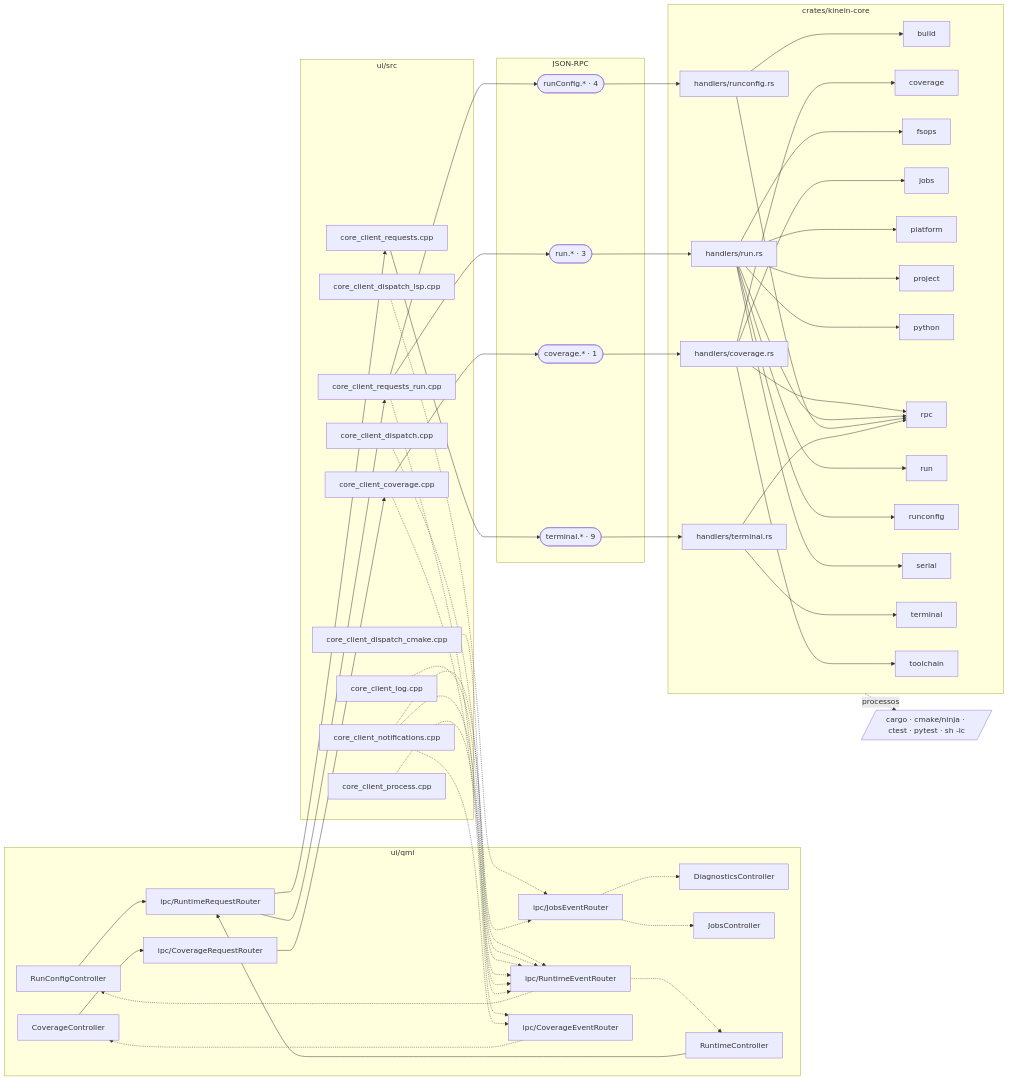
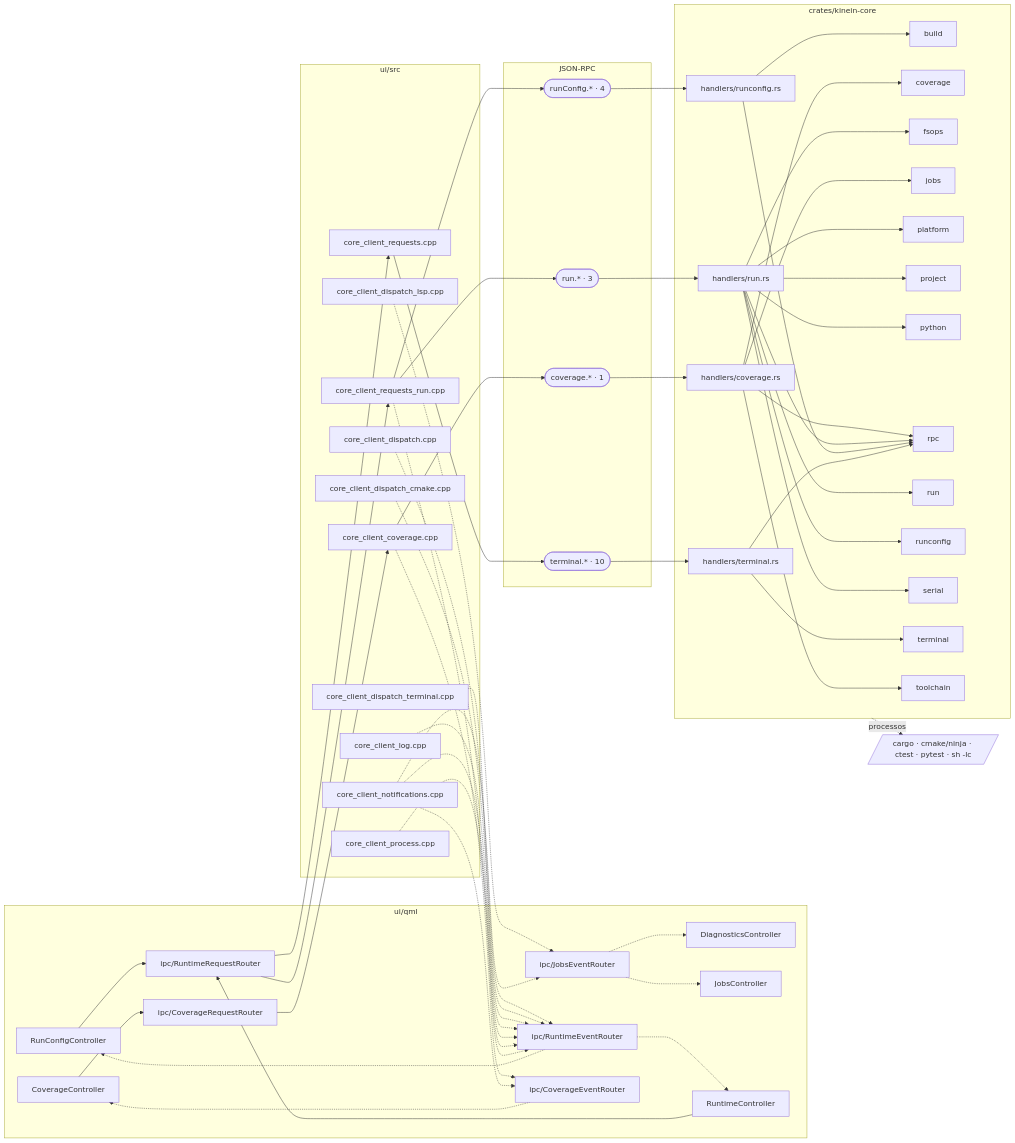
One commit to ViktorWalde/KineinVectis changed the eighth of 16 diagrams in DocsPublic/arquitetura/01-mapa-de-modulos.md. Above: the diagram before and after it, drawn with Mermaid. The commit also changed other lines of this file and 45 other files, not shown here.

```diff
--- a/DocsPublic/arquitetura/01-mapa-de-modulos.md
+++ b/DocsPublic/arquitetura/01-mapa-de-modulos.md
@@ -790,6 +790,7 @@
     n_ui_src_core_client_dispatch_cpp["core_client_dispatch.cpp"]
     n_ui_src_core_client_dispatch_cmake_cpp["core_client_dispatch_cmake.cpp"]
     n_ui_src_core_client_dispatch_lsp_cpp["core_client_dispatch_lsp.cpp"]
+    n_ui_src_core_client_dispatch_terminal_cpp["core_client_dispatch_terminal.cpp"]
     n_ui_src_core_client_log_cpp["core_client_log.cpp"]
     n_ui_src_core_client_notifications_cpp["core_client_notifications.cpp"]
     n_ui_src_core_client_process_cpp["core_client_process.cpp"]
@@ -800,7 +801,7 @@
     n_ipc_coverage(["coverage.* · 1"])
     n_ipc_run(["run.* · 3"])
     n_ipc_runConfig(["runConfig.* · 4"])
-    n_ipc_terminal(["terminal.* · 9"])
+    n_ipc_terminal(["terminal.* · 10"])
   end
   subgraph CORE["crates/kinein-core"]
     n_crates_kinein_core_src_handlers_coverage_rs["handlers/coverage.rs"]
@@ -838,6 +839,7 @@
   n_ui_src_core_client_dispatch_cpp -.-> n_ui_qml_ipc_RuntimeEventRouter_qml
   n_ui_src_core_client_dispatch_cmake_cpp -.-> n_ui_qml_ipc_RuntimeEventRouter_qml
   n_ui_src_core_client_dispatch_lsp_cpp -.-> n_ui_qml_ipc_JobsEventRouter_qml
+  n_ui_src_core_client_dispatch_terminal_cpp -.-> n_ui_qml_ipc_RuntimeEventRouter_qml
   n_ui_src_core_client_log_cpp -.-> n_ui_qml_ipc_RuntimeEventRouter_qml
   n_ui_src_core_client_notifications_cpp -.-> n_ui_qml_ipc_CoverageEventRouter_qml
   n_ui_src_core_client_notifications_cpp -.-> n_ui_qml_ipc_JobsEventRouter_qml
```
